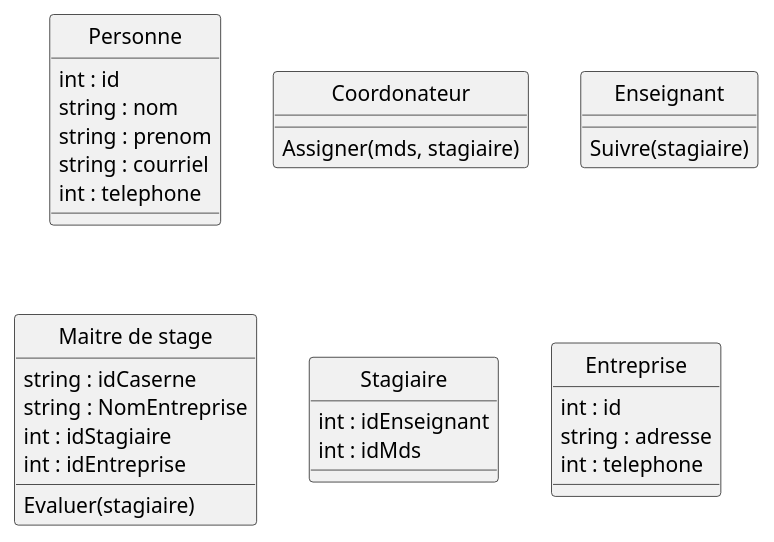
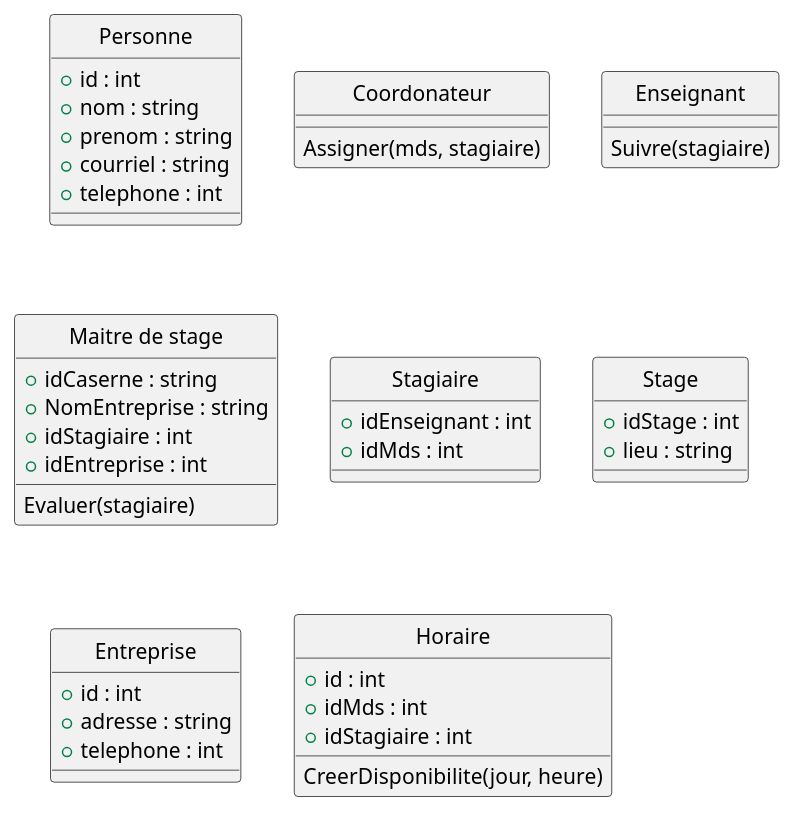
The diagram in Analyse/diagrammeClasse.md (thatscringebro/SPU), drawn with PlantUML before and after one commit.

Commit message:
diagramme classe avancé

````diff
--- a/Analyse/diagrammeClasse.md
+++ b/Analyse/diagrammeClasse.md
@@ -4,43 +4,56 @@
 ```plantuml
 
 hide circle
 
 
-class Personne {
-    int : id
-    string : nom
-    string : prenom
-    string : courriel
-    int : telephone
+class "Personne" AS ps {
+    + id : int 
+    + nom : string
+    + prenom : string
+    + courriel : string 
+    + telephone : int
 }
 
-class Coordonateur {
+class "Coordonateur" AS co {
     Assigner(mds, stagiaire)
 }
 
-class Enseignant {
+class "Enseignant" AS ens {
     Suivre(stagiaire)
 }
 
-class "Maitre de stage" AS MDS {
+class "Maitre de stage" AS Mds {
     Evaluer(stagiaire)
-    string : idCaserne
-    string : NomEntreprise
-    int : idStagiaire
-    int : idEntreprise
+    + idCaserne : string
+    + NomEntreprise : string
+    + idStagiaire : int
+    + idEntreprise : int
 }
 
-class Stagiaire {
-    int : idEnseignant
-    int : idMds
+class "Stagiaire" AS st{
+    + idEnseignant : int
+    + idMds : int
 }
 
-class Entreprise {
-    int : id
-    string : adresse
-    int : telephone
+class Stage {
+    + idStage : int
+    + lieu : string
+}
+
+class "Entreprise" AS ent {
+    + id : int
+    + adresse : string
+    + telephone : int
+}
+
+class Horaire {
+    + id : int
+    + idMds : int
+    + idStagiaire : int
+    CreerDisponibilite(jour, heure)
 }
 
 
 
+
 ```
````
